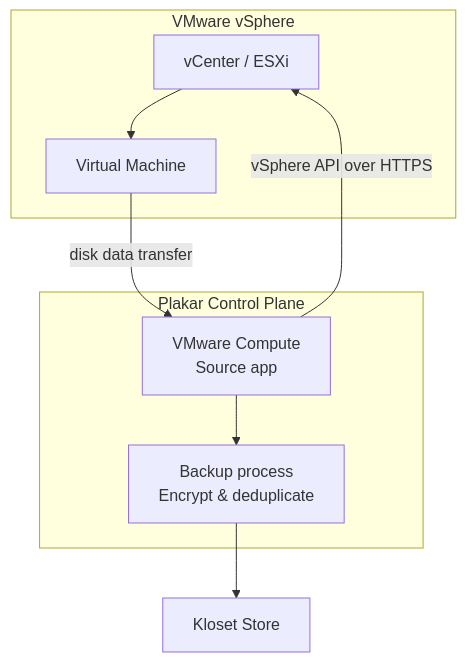
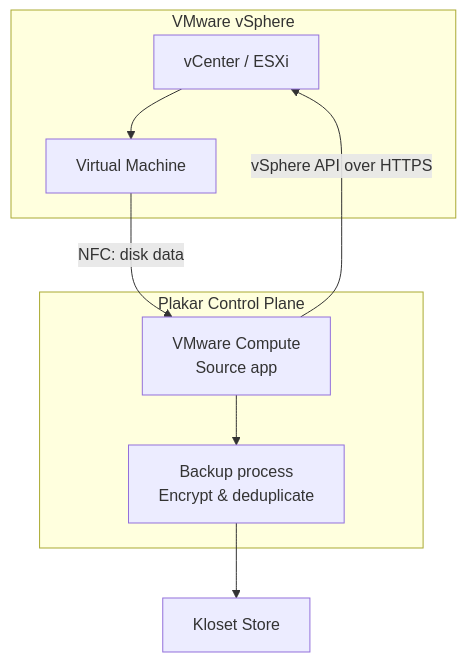
Before and after one commit to PlakarKorp/plakar.io: the first of 2 diagrams in content/docs/control-plane/resources/compute/vmware.md, drawn with Mermaid. The commit also changed other lines of this file and 4 other files, not shown here.

```diff
--- a/content/docs/control-plane/resources/compute/vmware.md
+++ b/content/docs/control-plane/resources/compute/vmware.md
@@ -26,20 +29,20 @@
 {{< mermaid >}}
 flowchart TD
   subgraph VMware["VMware vSphere"]
     VCenter["vCenter / ESXi"]
     VM["Virtual Machine"]
   end
 
   subgraph Plakar["Plakar Control Plane"]
     Source["VMware Compute<br/>Source app"]
     Backup["Backup process<br/>Encrypt & deduplicate"]
   end
 
   Store["Kloset Store"]
 
   Source -->|"vSphere API over HTTPS"| VCenter
   VCenter --> VM
-  VM -->|"disk data transfer"| Source
+  VM -->|"NFC: disk data"| Source
   Source --> Backup
   Backup --> Store
 {{< /mermaid >}}
```
